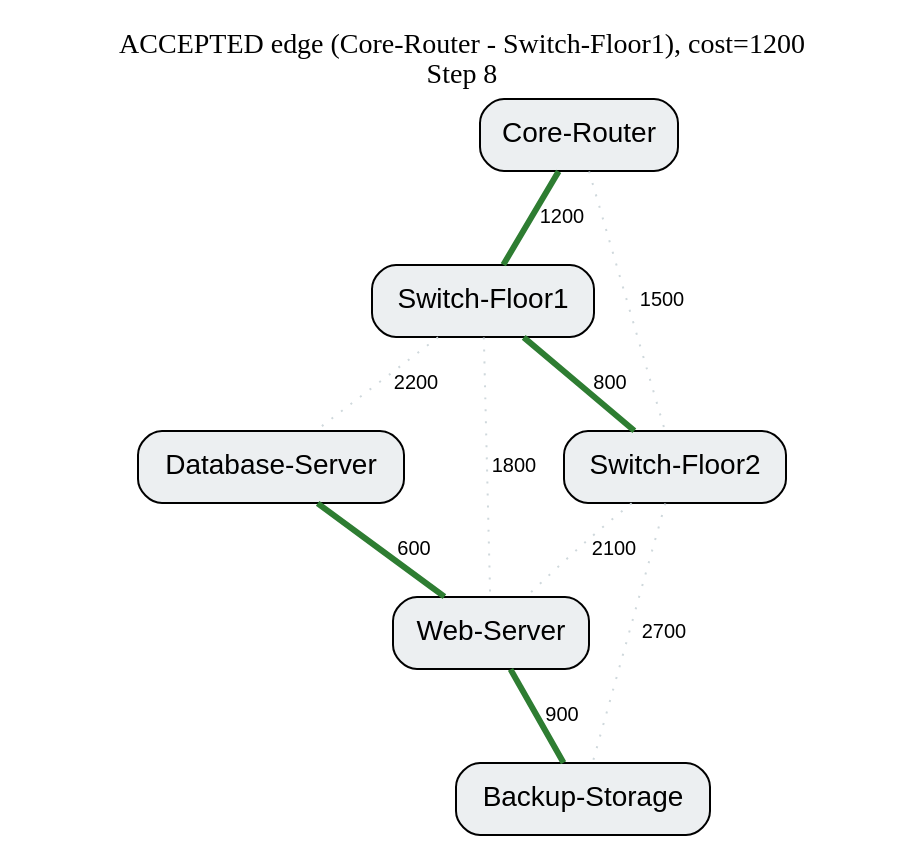
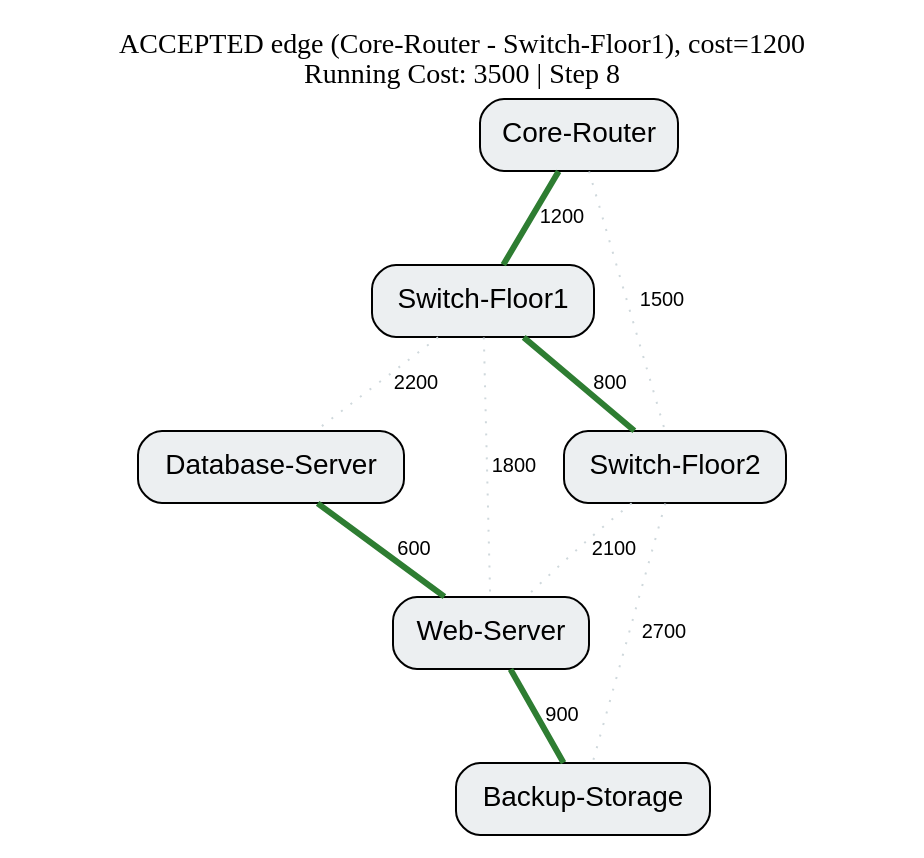
Before and after one commit to bariiqmalik/netopt: the diagram in docs/results/replay_frames/frame_008.dot, drawn with Graphviz. The commit also changed 64 other files, not shown here.

Commit message:
fix(replay): self-contained rendered HTML with graceful Graphviz fallback

```diff
--- a/docs/results/replay_frames/frame_008.dot
+++ b/docs/results/replay_frames/frame_008.dot
@@ -1,23 +1,23 @@
 graph Frame {
-  label="ACCEPTED edge (Core-Router - Switch-Floor1), cost=1200\nStep 8";
+  label="ACCEPTED edge (Core-Router - Switch-Floor1), cost=1200\nRunning Cost: 3500 | Step 8";
   labelloc="t";
   node [shape=box, style="filled,rounded", fillcolor="#ECEFF1", fontname="Helvetica"];
   edge [fontname="Helvetica", fontsize=10];
 
   1 [label="Core-Router"];
   2 [label="Switch-Floor1"];
   3 [label="Switch-Floor2"];
   4 [label="Database-Server"];
   5 [label="Web-Server"];
   6 [label="Backup-Storage"];
 
   1 -- 2 [label="1200", color="#2E7D32", penwidth=3.0];
   1 -- 3 [label="1500", color="#CFD8DC", style="dotted"];
   2 -- 3 [label="800", color="#2E7D32", penwidth=3.0];
   2 -- 4 [label="2200", color="#CFD8DC", style="dotted"];
   2 -- 5 [label="1800", color="#CFD8DC", style="dotted"];
   3 -- 5 [label="2100", color="#CFD8DC", style="dotted"];
   3 -- 6 [label="2700", color="#CFD8DC", style="dotted"];
   4 -- 5 [label="600", color="#2E7D32", penwidth=3.0];
   5 -- 6 [label="900", color="#2E7D32", penwidth=3.0];
 }
```
